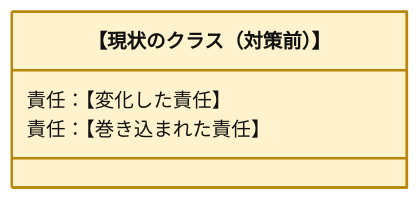
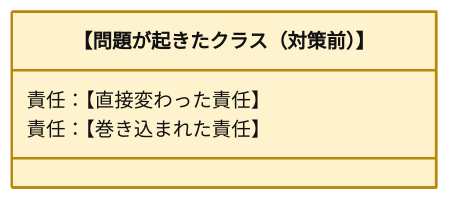
One commit to kumachan1101-pixel/DesignPattern changed the fourth of 5 diagrams in kindle/design-patterns/templates/chapter-template.md. Above: the diagram before and after it, drawn with Mermaid (base theme). The commit also changed other lines of this file and 19 other files, not shown here.

````diff
--- a/kindle/design-patterns/templates/chapter-template.md
+++ b/kindle/design-patterns/templates/chapter-template.md
@@ -785,9 +745,9 @@
 ```mermaid
 classDiagram
     %% provisional-role-diagram
-    class CurrentPart["【現状のクラス（対策前）】"]:::current {
-        責任：【変化した責任】
+    class CurrentPart["【問題が起きたクラス（対策前）】"]:::current {
+        責任：【直接変わった責任】
         責任：【巻き込まれた責任】
     }
     classDef current fill:#fff3cd,stroke:#b8860b,stroke-width:2px,color:#111;
 ```
````
